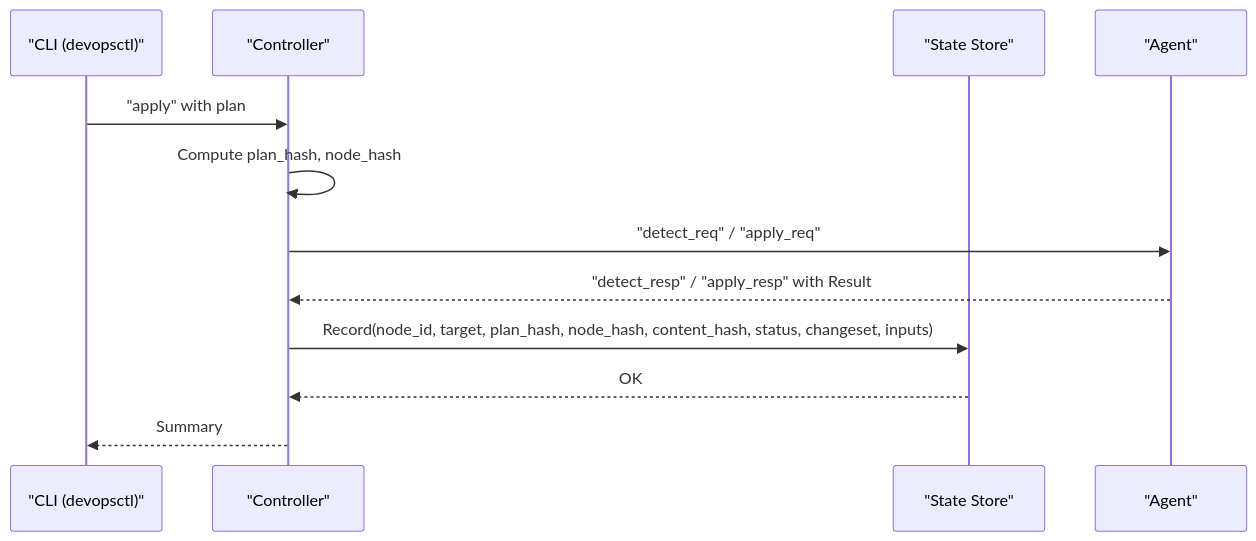
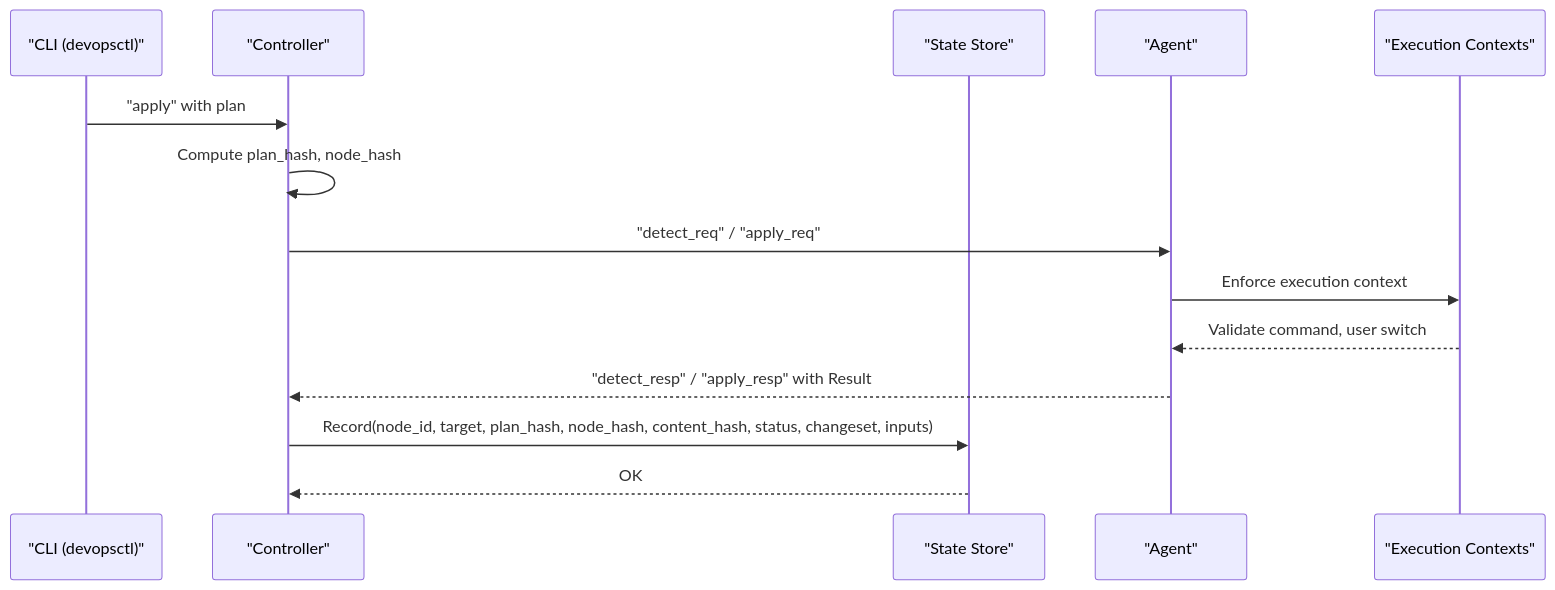
Before and after one commit to ahmednour1430464/dotdevops: the second of 5 diagrams in .qoder/repowiki/en/content/State Management.md, drawn with Mermaid. The commit also changed other lines of this file and 12 other files, not shown here.

````diff
--- a/.qoder/repowiki/en/content/State Management.md
+++ b/.qoder/repowiki/en/content/State Management.md
@@ -101,14 +136,16 @@
 ```mermaid
 sequenceDiagram
 participant CLI as "CLI (devopsctl)"
 participant Ctrl as "Controller"
 participant Store as "State Store"
 participant Agent as "Agent"
+participant Context as "Execution Contexts"
 CLI->>Ctrl : "apply" with plan
 Ctrl->>Ctrl : Compute plan_hash, node_hash
 Ctrl->>Agent : "detect_req" / "apply_req"
+Agent->>Context : Enforce execution context
+Context-->>Agent : Validate command, user switch
 Agent-->>Ctrl : "detect_resp" / "apply_resp" with Result
 Ctrl->>Store : Record(node_id, target, plan_hash, node_hash, content_hash, status, changeset, inputs)
 Store-->>Ctrl : OK
-Ctrl-->>CLI : Summary
 ```
````
